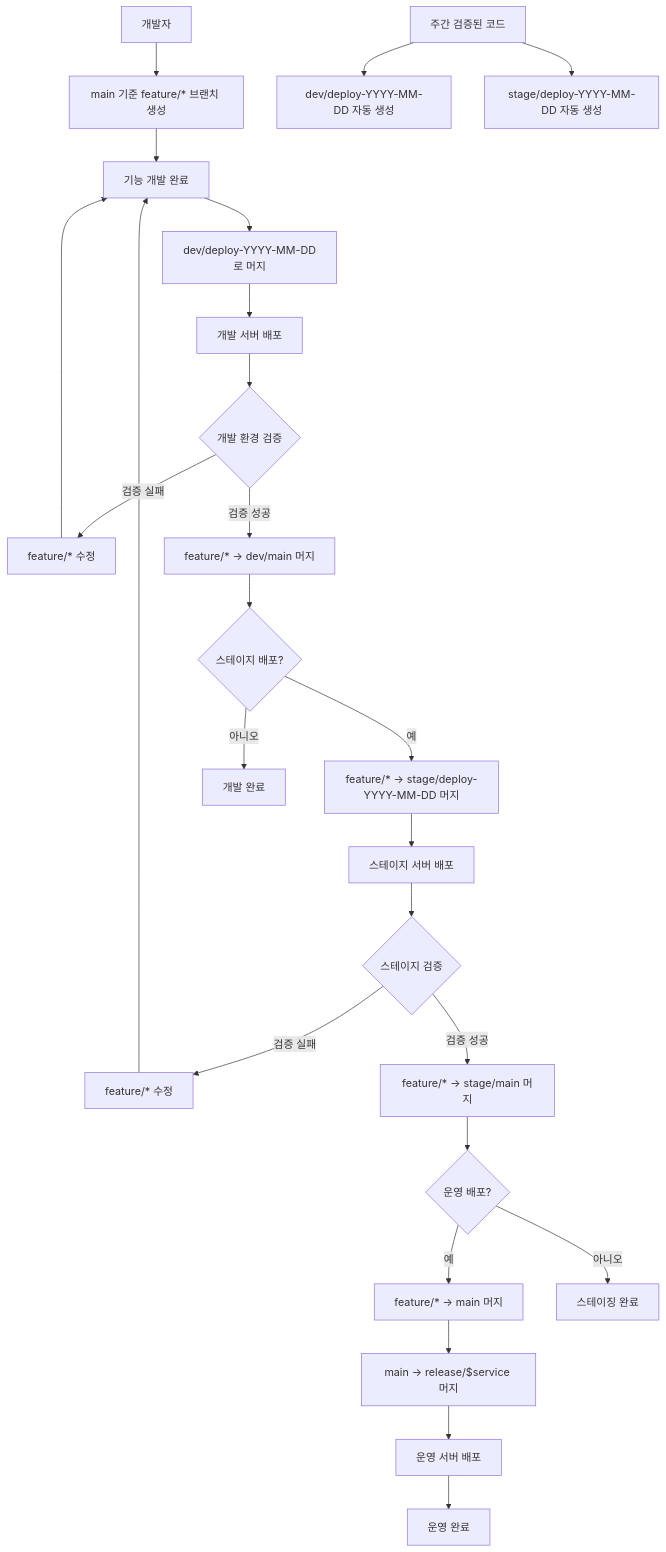
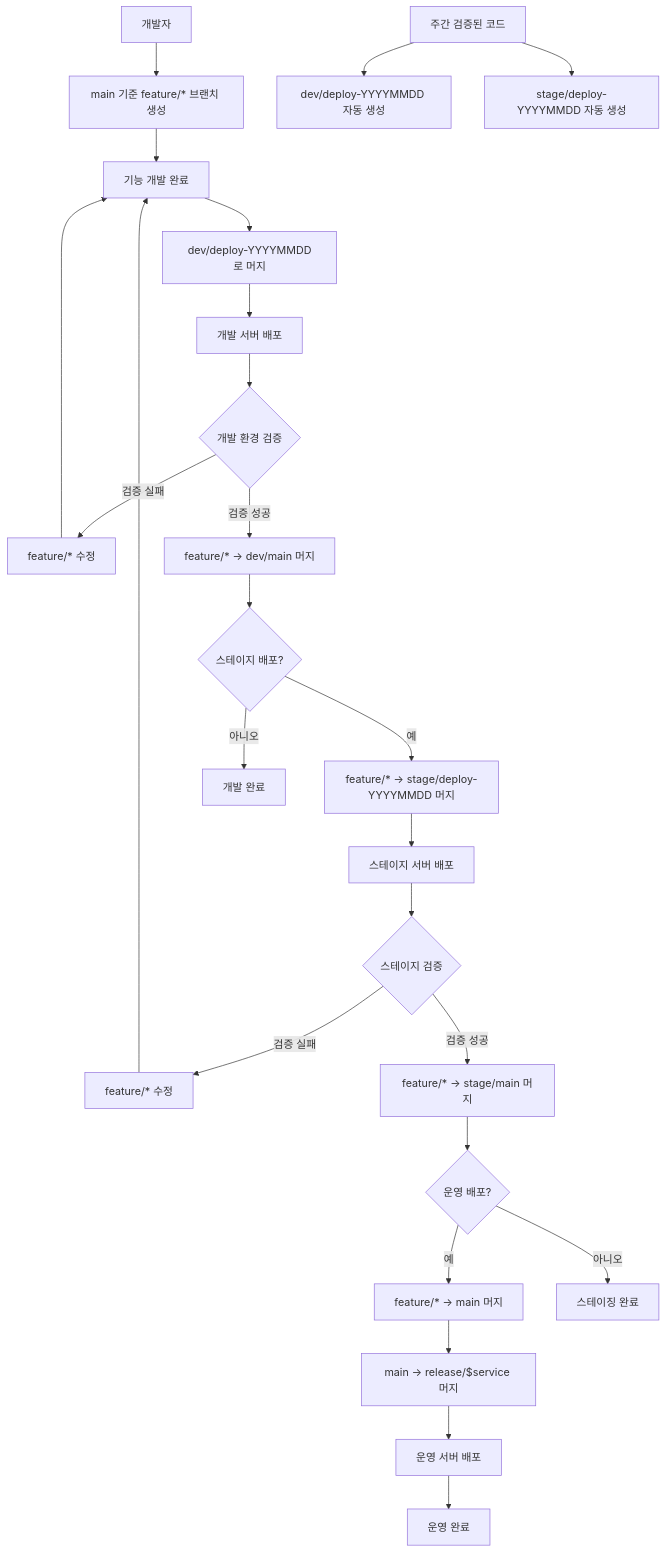
One commit to min-gui/spring-lib-sample changed the second of 2 diagrams in README.md. Above: the diagram before and after it, drawn with Mermaid. The commit also changed other lines of this file, not shown here.

````diff
--- a/README.md
+++ b/README.md
@@ -62,35 +101,35 @@
 ```mermaid
 flowchart TD
     A[개발자] --> B["main 기준 feature/* 브랜치 생성"]
     B --> C[기능 개발 완료]
 
-    C --> D["dev/deploy-YYYY-MM-DD로 머지"]
+    C --> D["dev/deploy-YYYYMMDD로 머지"]
     D --> E[개발 서버 배포]
     E --> F{개발 환경 검증}
 
     F -->|검증 실패| G["feature/* 수정"]
     F -->|검증 성공| H["feature/* → dev/main 머지"]
     G --> C
 
     H --> I{스테이지 배포?}
-    I -->|예| J["feature/* → stage/deploy-YYYY-MM-DD 머지"]
+    I -->|예| J["feature/* → stage/deploy-YYYYMMDD 머지"]
     I -->|아니오| K[개발 완료]
 
     J --> L[스테이지 서버 배포]
     L --> M{스테이지 검증}
 
     M -->|검증 실패| N["feature/* 수정"]
     M -->|검증 성공| O["feature/* → stage/main 머지"]
     N --> C
 
     O --> P{운영 배포?}
     P -->|예| Q["feature/* → main 머지"]
     P -->|아니오| R[스테이징 완료]
 
     Q --> S["main → release/$service 머지"]
     S --> T[운영 서버 배포]
     T --> U[운영 완료]
 
-    V[주간 검증된 코드] --> W["dev/deploy-YYYY-MM-DD 자동 생성"]
-    V --> X["stage/deploy-YYYY-MM-DD 자동 생성"]
+    V[주간 검증된 코드] --> W["dev/deploy-YYYYMMDD 자동 생성"]
+    V --> X["stage/deploy-YYYYMMDD 자동 생성"]
 ```
````
